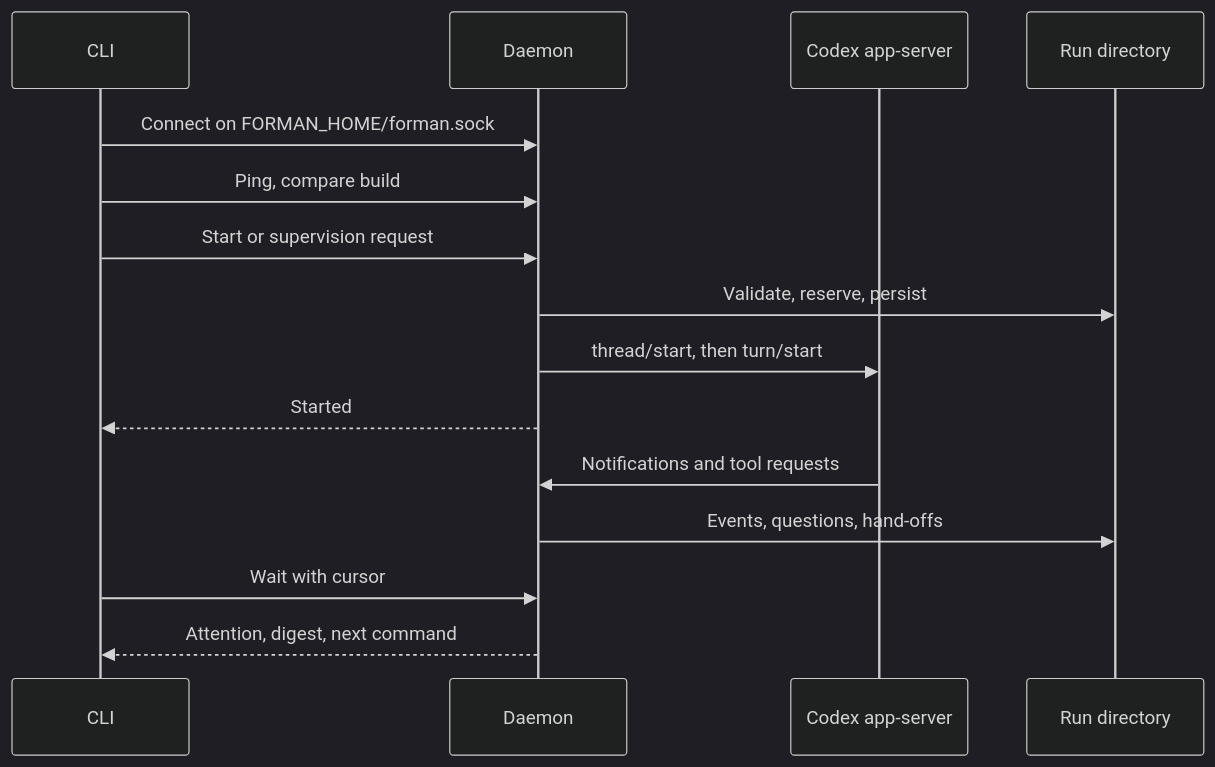
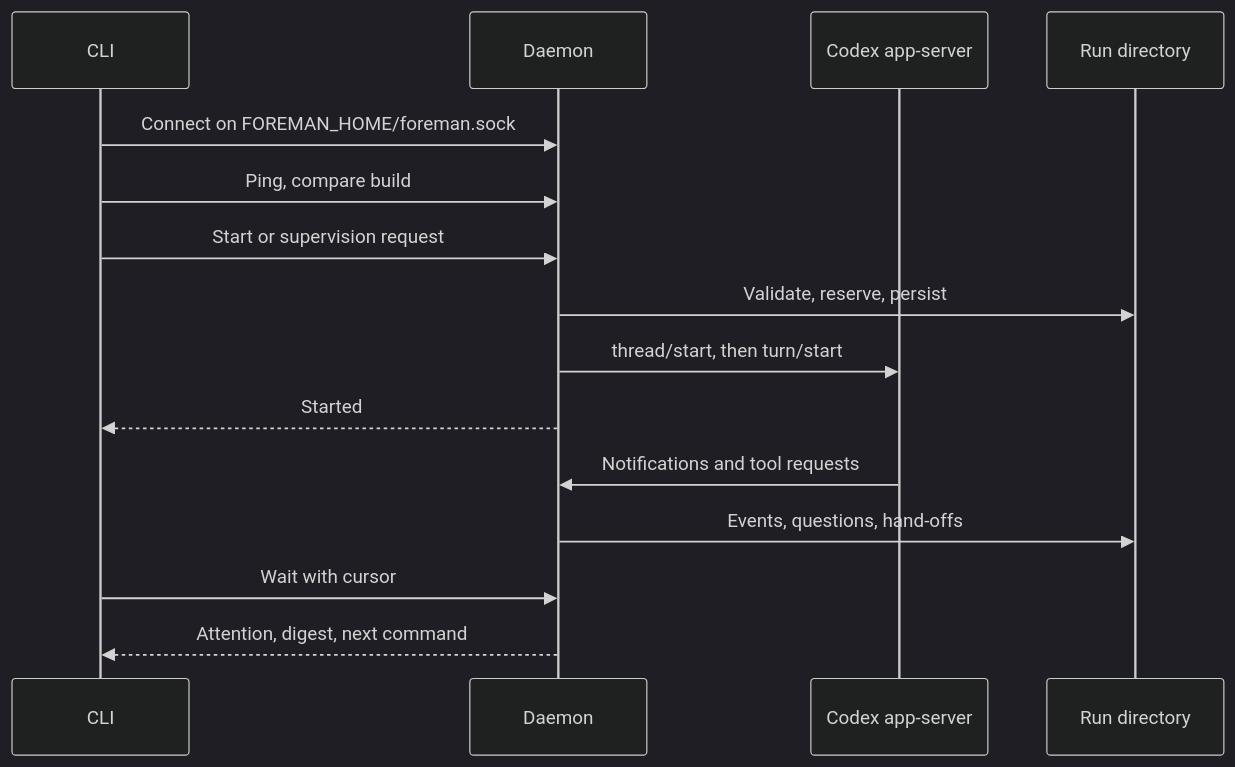
Before and after one commit to steamfield/foreman: the diagram in docs/architecture.md, drawn with Mermaid (dark theme). The commit also changed other lines of this file and 127 other files, not shown here.

First line of the commit message:
refactor: rename forman to foreman

````diff
--- a/docs/architecture.md
+++ b/docs/architecture.md
@@ -9,17 +9,17 @@
 ```mermaid
 sequenceDiagram
     participant C as CLI
     participant D as Daemon
     participant S as Codex app-server
     participant R as Run directory
-    C->>D: Connect on FORMAN_HOME/forman.sock
+    C->>D: Connect on FOREMAN_HOME/foreman.sock
     C->>D: Ping, compare build
     C->>D: Start or supervision request
     D->>R: Validate, reserve, persist
     D->>S: thread/start, then turn/start
     D-->>C: Started
     S->>D: Notifications and tool requests
     D->>R: Events, questions, hand-offs
     C->>D: Wait with cursor
     D-->>C: Attention, digest, next command
 ```
````
